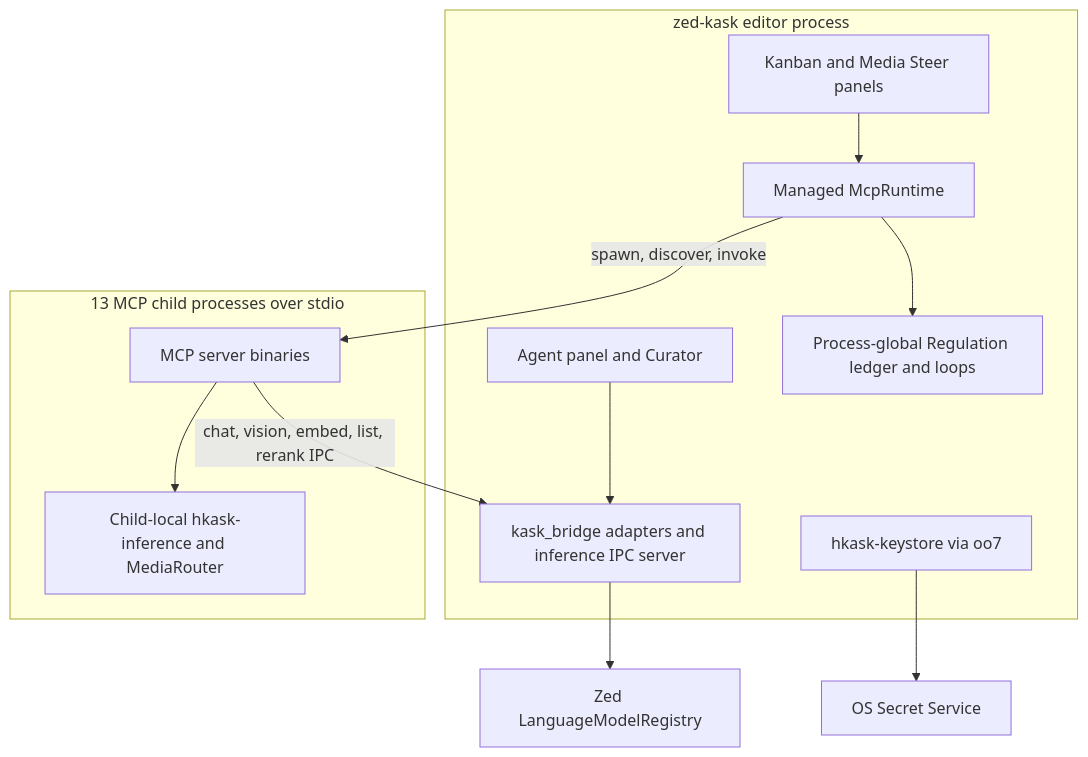
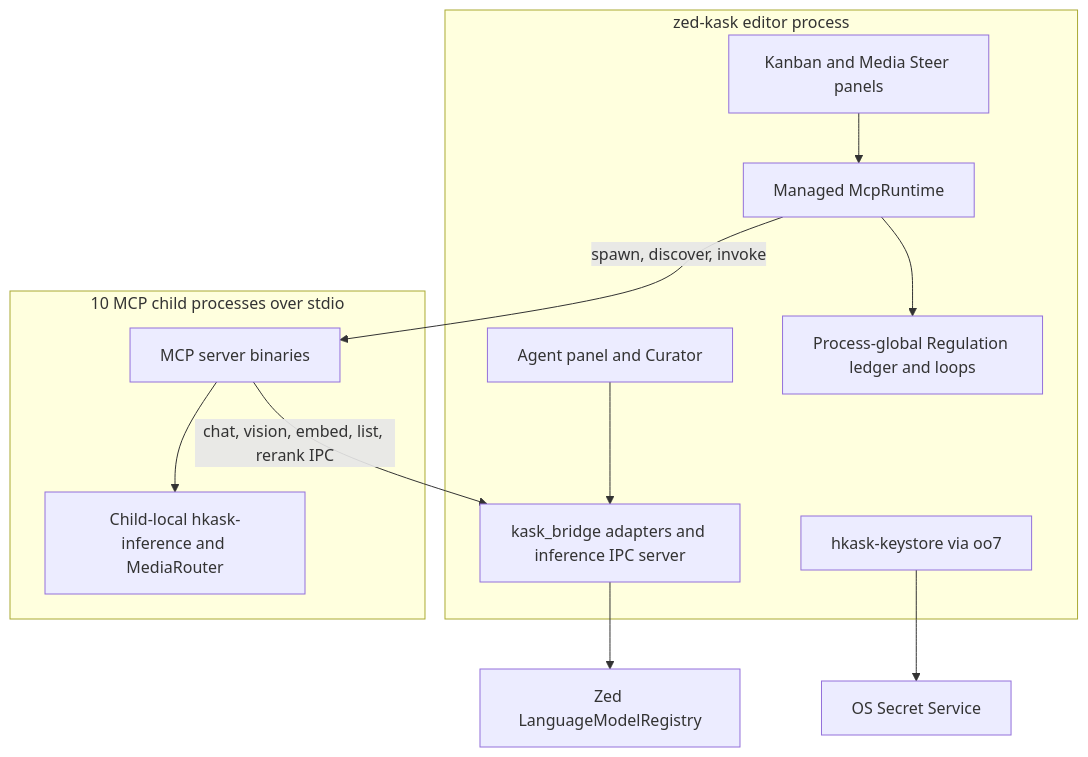
Before and after one commit to mdz-axo/zed-kask: the diagram in kask/docs/architecture/core/MDS.md, drawn with Mermaid. The commit also changed other lines of this file and 15 other files, not shown here.

````diff
--- a/kask/docs/architecture/core/MDS.md
+++ b/kask/docs/architecture/core/MDS.md
@@ -484,26 +484,26 @@
 ```mermaid
 graph TD
     subgraph EDITOR["zed-kask editor process"]
         AGENT[Agent panel and Curator]
         STEER[Kanban and Media Steer panels]
         BRIDGE[kask_bridge adapters and inference IPC server]
         RUNTIME[Managed McpRuntime]
         REG[Process-global Regulation ledger and loops]
         KEYSTORE[hkask-keystore via oo7]
     end
-    subgraph CHILDREN["13 MCP child processes over stdio"]
+    subgraph CHILDREN["10 MCP child processes over stdio"]
         MCP[MCP server binaries]
         LOCALINF[Child-local hkask-inference and MediaRouter]
     end
     HOSTLM[Zed LanguageModelRegistry]
     SECRET[OS Secret Service]
 
     AGENT --> BRIDGE
     STEER --> RUNTIME
     RUNTIME -->|spawn, discover, invoke| MCP
     RUNTIME --> REG
     MCP -->|chat, vision, embed, list, rerank IPC| BRIDGE
     MCP --> LOCALINF
     BRIDGE --> HOSTLM
     KEYSTORE --> SECRET
 ```
````
